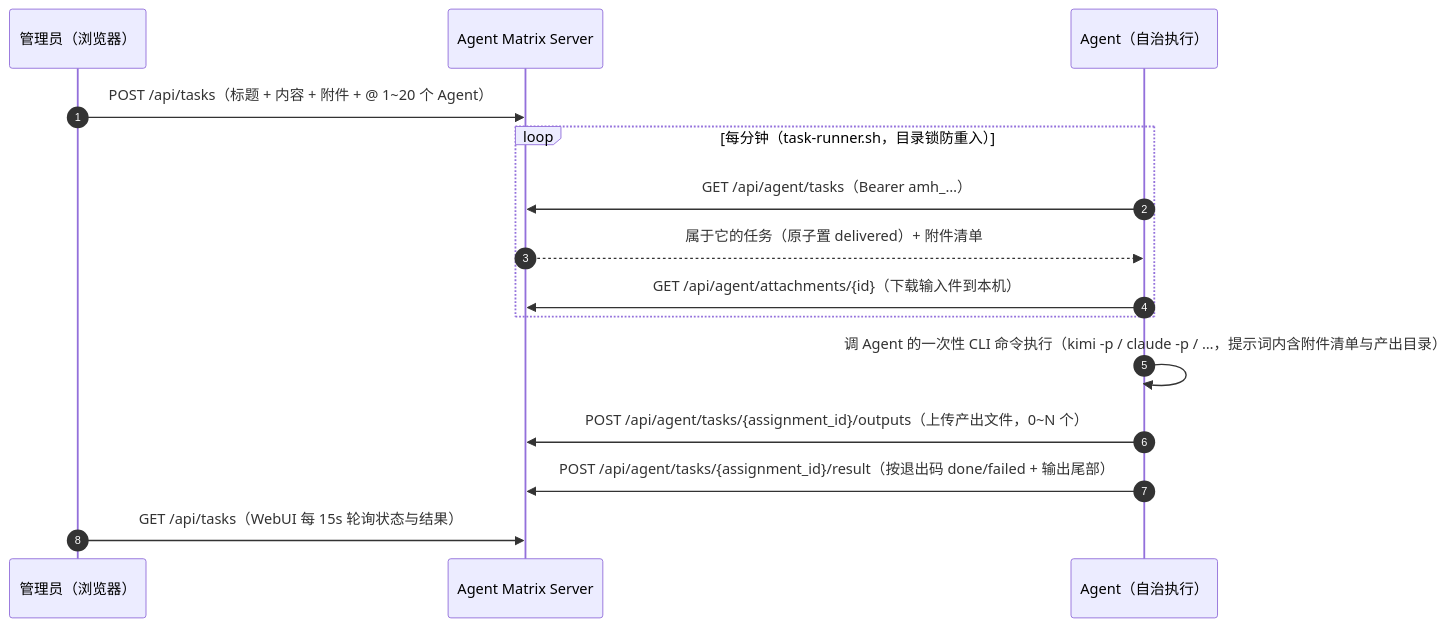
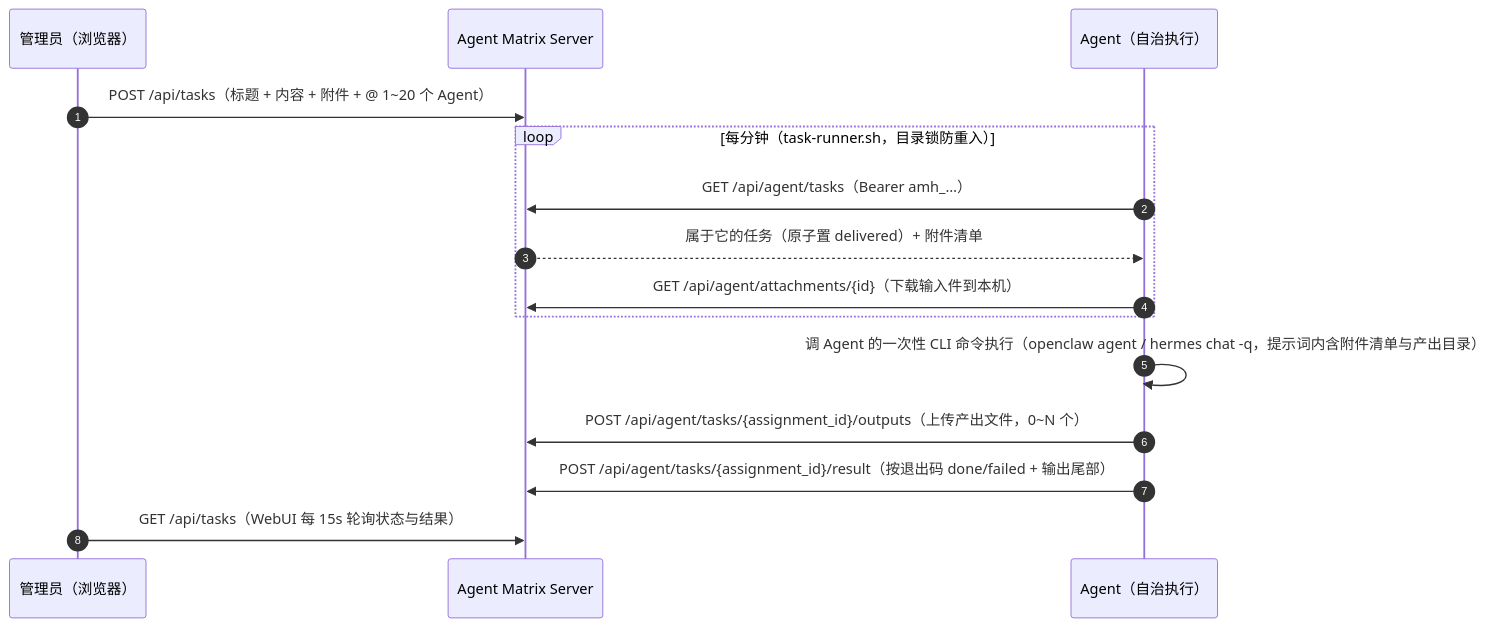
One commit to HankGuo/agent-matrix changed the fifth of 5 diagrams in README.md. Above: the diagram before and after it, drawn with Mermaid. The commit also changed other lines of this file and 4 other files, not shown here.

First line of the commit message:
Narrow executors to OpenClaw + Hermes Agent (v0.8.1)

````diff
--- a/README.md
+++ b/README.md
@@ -119,18 +119,18 @@
 ```mermaid
 sequenceDiagram
     autonumber
     participant A as 管理员（浏览器）
     participant S as Agent Matrix Server
     participant G as Agent（自治执行）
 
     A->>S: POST /api/tasks（标题 + 内容 + 附件 + @ 1~20 个 Agent）
     loop 每分钟（task-runner.sh，目录锁防重入）
         G->>S: GET /api/agent/tasks（Bearer amh_…）
         S-->>G: 属于它的任务（原子置 delivered）+ 附件清单
         G->>S: GET /api/agent/attachments/{id}（下载输入件到本机）
     end
-    G->>G: 调 Agent 的一次性 CLI 命令执行（kimi -p / claude -p / …，提示词内含附件清单与产出目录）
+    G->>G: 调 Agent 的一次性 CLI 命令执行（openclaw agent / hermes chat -q，提示词内含附件清单与产出目录）
     G->>S: POST /api/agent/tasks/{assignment_id}/outputs（上传产出文件，0~N 个）
     G->>S: POST /api/agent/tasks/{assignment_id}/result（按退出码 done/failed + 输出尾部）
     A->>S: GET /api/tasks（WebUI 每 15s 轮询状态与结果）
 ```
````
